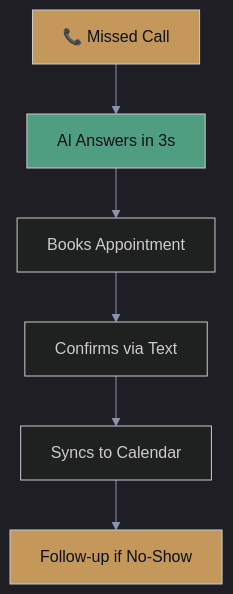
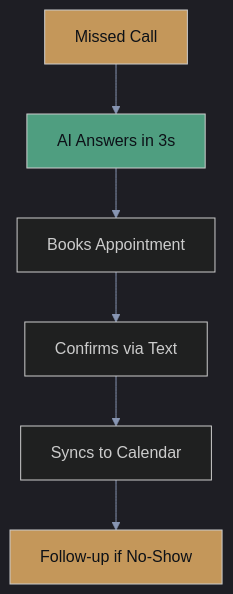
The fourth of 4 diagrams in README.md (KeemWilliams/keemwilliams), drawn with Mermaid before and after one commit. The commit also changed other lines of this file, not shown here.

````diff
--- a/README.md
+++ b/README.md
@@ -268,13 +272,13 @@
 ```mermaid
 %%{init: {'theme': 'dark', 'themeVariables': {'primaryColor': '#4F9E80', 'primaryTextColor': '#F0F4FF', 'lineColor': '#8896B3', 'background': '#0D1117'}}}%%
 flowchart TD
-    A[📞 Missed Call] --> B[AI Answers in 3s]
+    A[Missed Call] --> B[AI Answers in 3s]
     B --> C[Books Appointment]
     C --> D[Confirms via Text]
     D --> E[Syncs to Calendar]
     E --> F[Follow-up if No-Show]
 
     style A fill:#C4975A,color:#0D1117
     style B fill:#4F9E80,color:#0D1117
     style F fill:#C4975A,color:#0D1117
 ```
````
